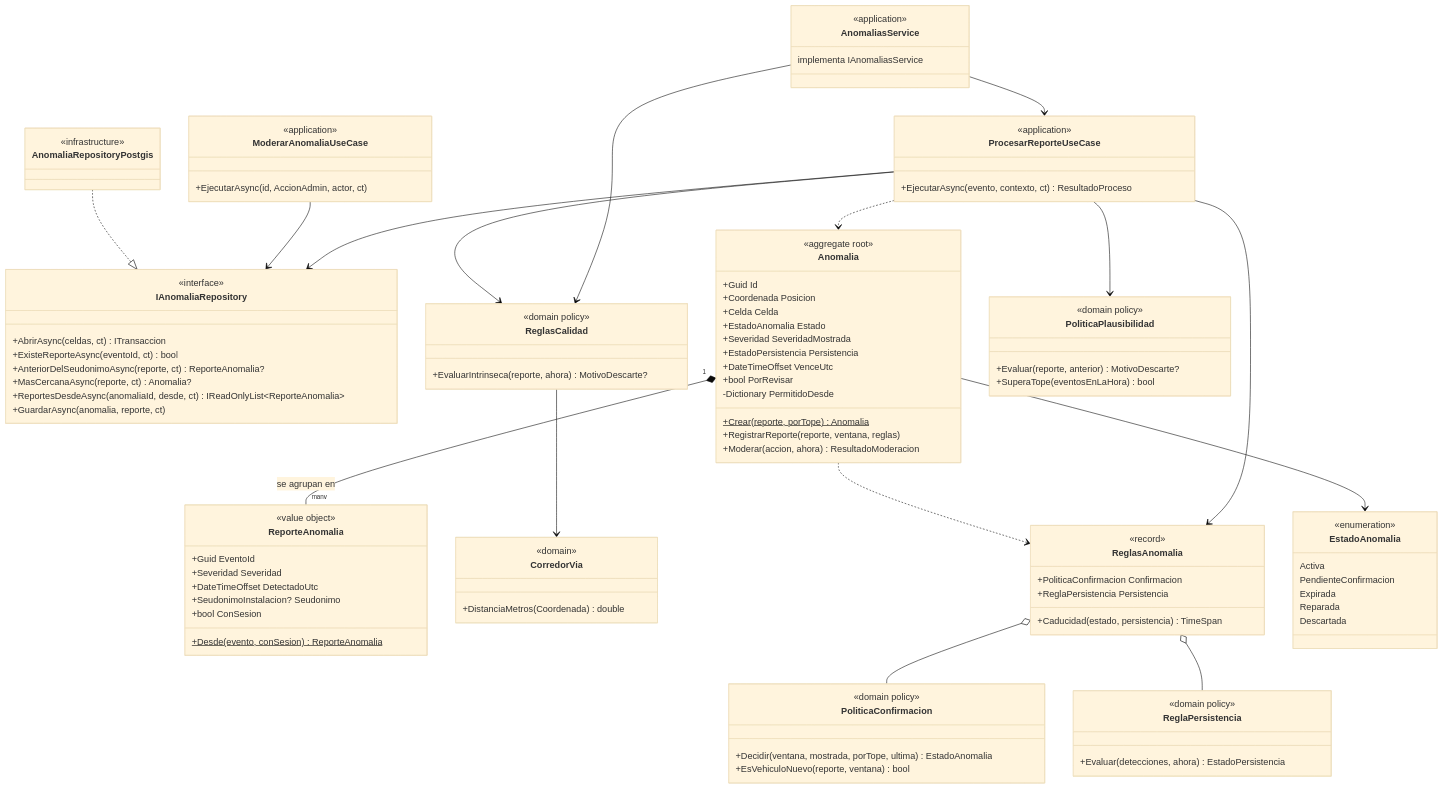
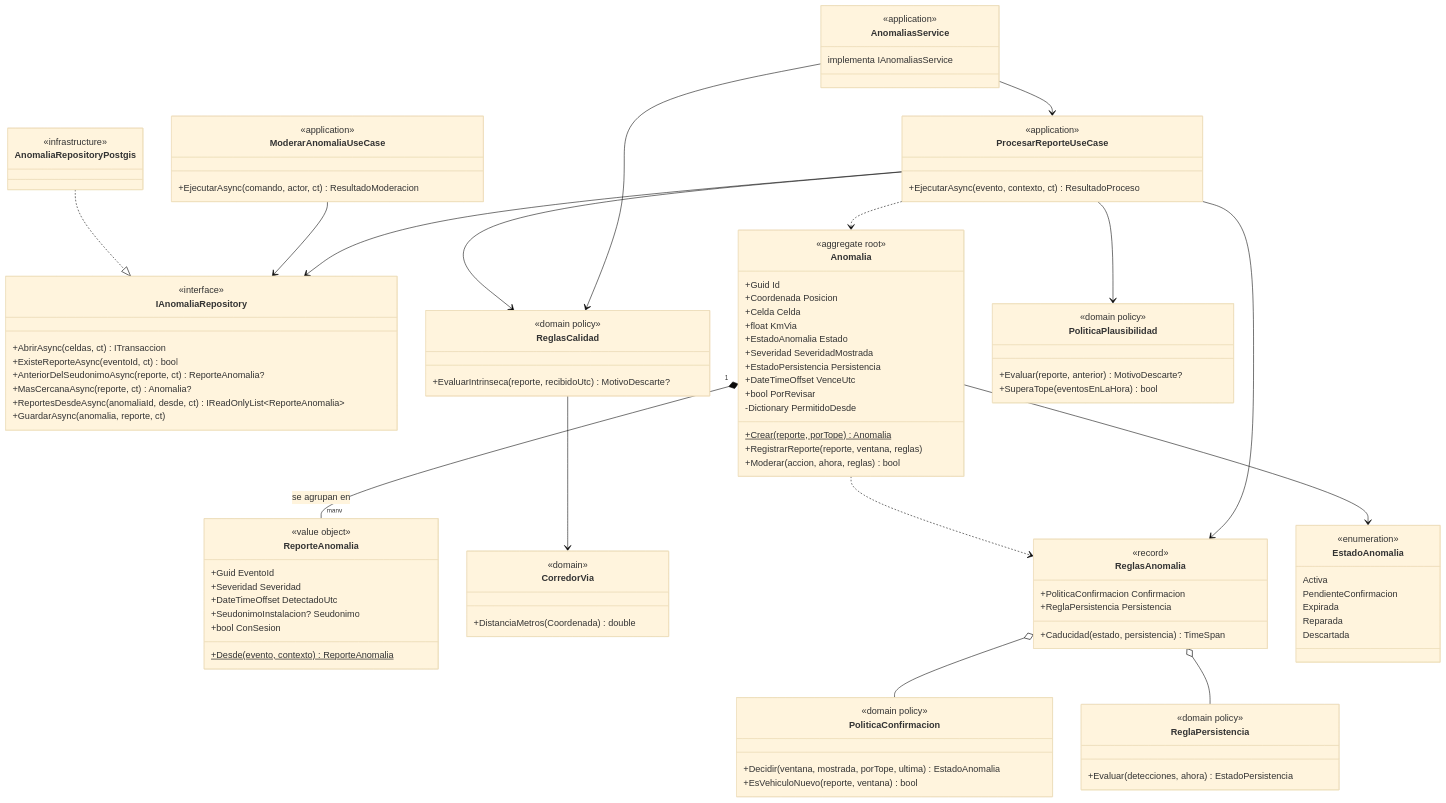
One commit to Crisso29/KillaUru_Sprint01 changed the fourth of 6 diagrams in docs/04-modelo-C4/Nivel4-diagrama-de-codigo.md. Above: the diagram before and after it, drawn with Mermaid (base theme). The commit also changed other lines of this file and 443 other files, not shown here.

```diff
--- a/docs/04-modelo-C4/Nivel4-diagrama-de-codigo.md
+++ b/docs/04-modelo-C4/Nivel4-diagrama-de-codigo.md
@@ -180,7 +182,7 @@
     }
     class ModerarAnomaliaUseCase {
         <<application>>
-        +EjecutarAsync(id, AccionAdmin, actor, ct)
+        +EjecutarAsync(comando, actor, ct) ResultadoModeracion
     }
     class IAnomaliaRepository {
         <<interface>>
@@ -199,6 +201,7 @@
         +Guid Id
         +Coordenada Posicion
         +Celda Celda
+        +float KmVia
         +EstadoAnomalia Estado
         +Severidad SeveridadMostrada
         +EstadoPersistencia Persistencia
@@ -207,7 +210,7 @@
         -Dictionary PermitidoDesde
         +Crear(reporte, porTope)$ Anomalia
         +RegistrarReporte(reporte, ventana, reglas)
-        +Moderar(accion, ahora) ResultadoModeracion
+        +Moderar(accion, ahora, reglas) bool
     }
     class ReporteAnomalia {
         <<value object>>
@@ -216,11 +219,11 @@
         +DateTimeOffset DetectadoUtc
         +SeudonimoInstalacion? Seudonimo
         +bool ConSesion
-        +Desde(evento, conSesion)$ ReporteAnomalia
+        +Desde(evento, contexto)$ ReporteAnomalia
     }
     class ReglasCalidad {
         <<domain policy>>
-        +EvaluarIntrinseca(reporte, ahora) MotivoDescarte?
+        +EvaluarIntrinseca(reporte, recibidoUtc) MotivoDescarte?
     }
     class CorredorVia {
         <<domain>>
```
